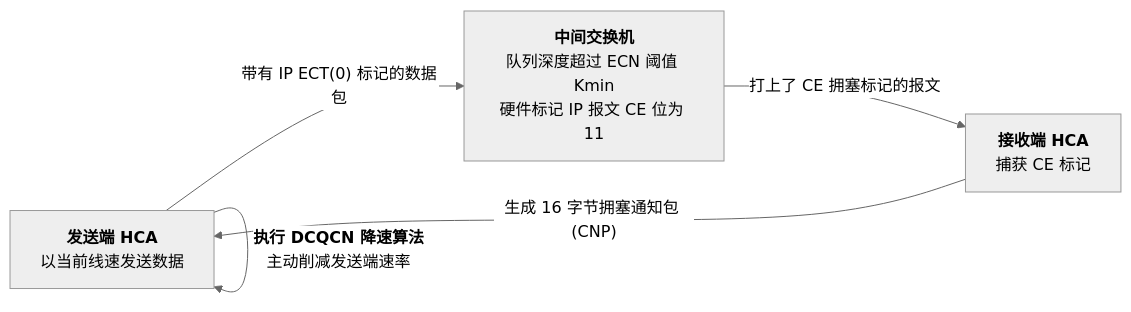
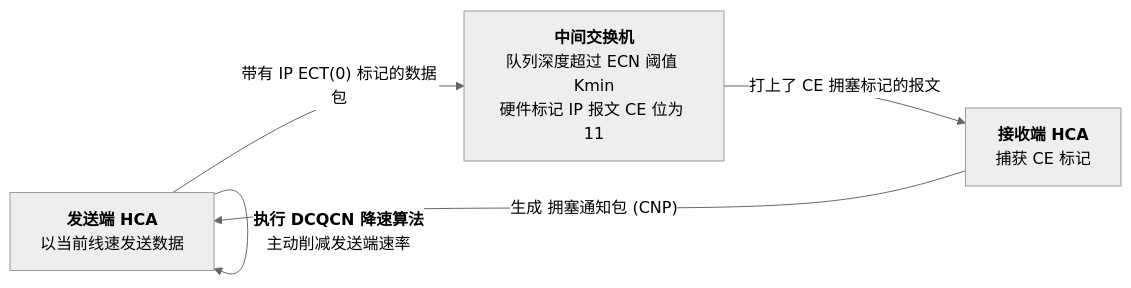
The fourth of 4 diagrams in content/zh/articles/rdma-kernel-bypass-zero-copy-queue-pair-rocev2-lossless.md (ifnodoraemon/ifnodoraemon.github.io), drawn with Mermaid (neutral theme) before and after one commit. The commit also changed other lines of this file and 86 other files, not shown here.

````diff
--- a/content/zh/articles/rdma-kernel-bypass-zero-copy-queue-pair-rocev2-lossless.md
+++ b/content/zh/articles/rdma-kernel-bypass-zero-copy-queue-pair-rocev2-lossless.md
@@ -186,7 +187,7 @@
 ```mermaid
 flowchart LR
     Sender["<b>发送端 HCA</b><br/>以当前线速发送数据"] -->|"带有 IP ECT(0) 标记的数据包"| Switch["<b>中间交换机</b><br/>队列深度超过 ECN 阈值 Kmin<br/>硬件标记 IP 报文 CE 位为 11"]
     Switch -->|"打上了 CE 拥塞标记的报文"| Receiver["<b>接收端 HCA</b><br/>捕获 CE 标记"]
-    Receiver -->|"生成 16 字节拥塞通知包 (CNP)"| Sender
+    Receiver -->|"生成 拥塞通知包 (CNP)"| Sender
     Sender -->|"<b>执行 DCQCN 降速算法</b><br/>主动削减发送端速率"| Sender
 ```
````
